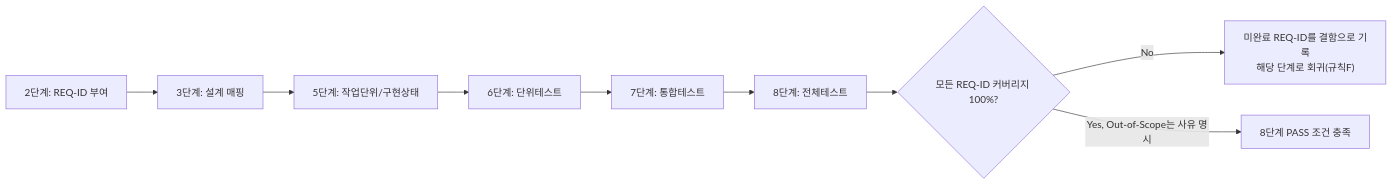
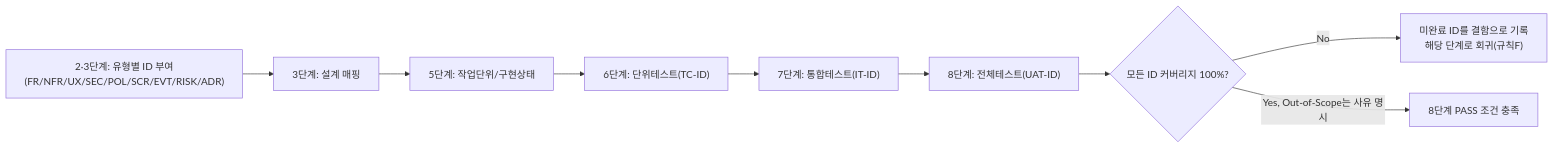
The diagram in templates/traceability-matrix-template.md (jcs19752510-ui/HANESS_AUTO), drawn with Mermaid before and after one commit. The commit also changed other lines of this file and 9 other files, not shown here.

````diff
--- a/templates/traceability-matrix-template.md
+++ b/templates/traceability-matrix-template.md
@@ -17,11 +34,11 @@
 ```mermaid
 flowchart LR
-    A["2단계: REQ-ID 부여"] --> B["3단계: 설계 매핑"]
+    A["2·3단계: 유형별 ID 부여<br/>(FR/NFR/UX/SEC/POL/SCR/EVT/RISK/ADR)"] --> B["3단계: 설계 매핑"]
     B --> C["5단계: 작업단위/구현상태"]
-    C --> D["6단계: 단위테스트"]
-    D --> E["7단계: 통합테스트"]
-    E --> F["8단계: 전체테스트"]
-    F --> G{모든 REQ-ID 커버리지 100%?}
-    G -->|No| H["미완료 REQ-ID를 결함으로 기록<br/>해당 단계로 회귀(규칙F)"]
+    C --> D["6단계: 단위테스트(TC-ID)"]
+    D --> E["7단계: 통합테스트(IT-ID)"]
+    E --> F["8단계: 전체테스트(UAT-ID)"]
+    F --> G{모든 ID 커버리지 100%?}
+    G -->|No| H["미완료 ID를 결함으로 기록<br/>해당 단계로 회귀(규칙F)"]
     G -->|Yes, Out-of-Scope는 사유 명시| I["8단계 PASS 조건 충족"]
 ```
````
